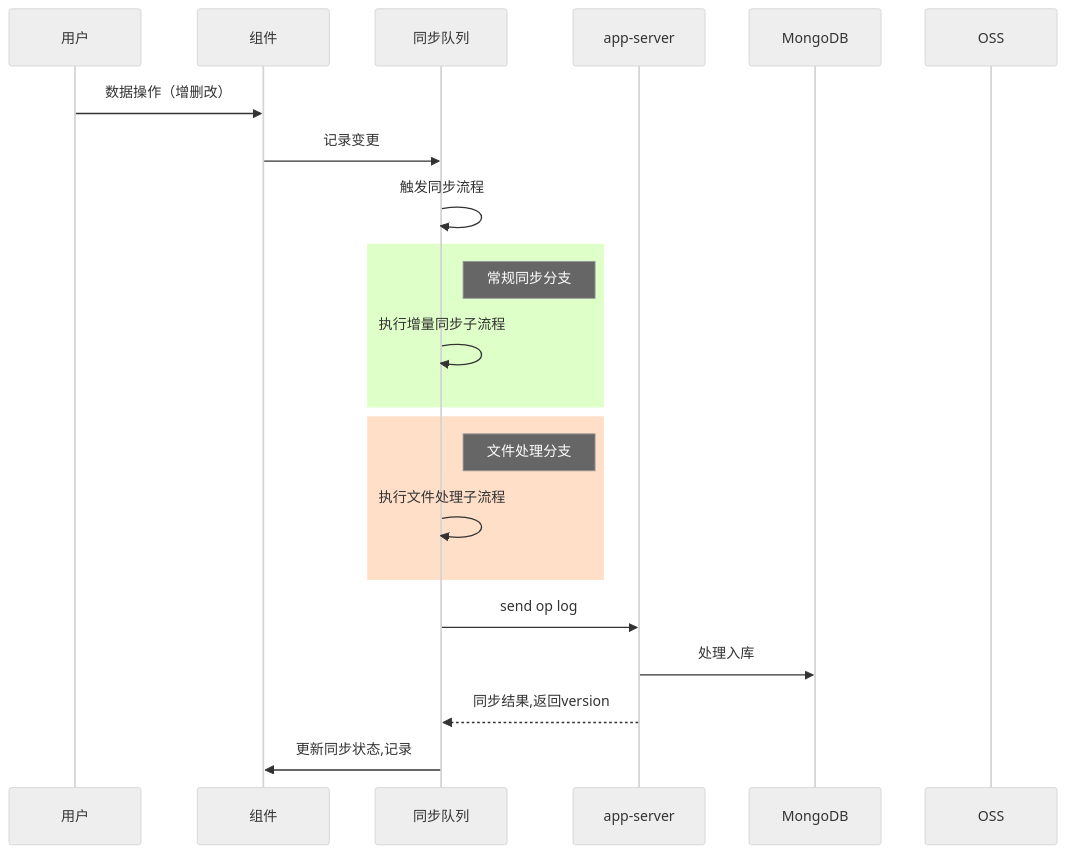
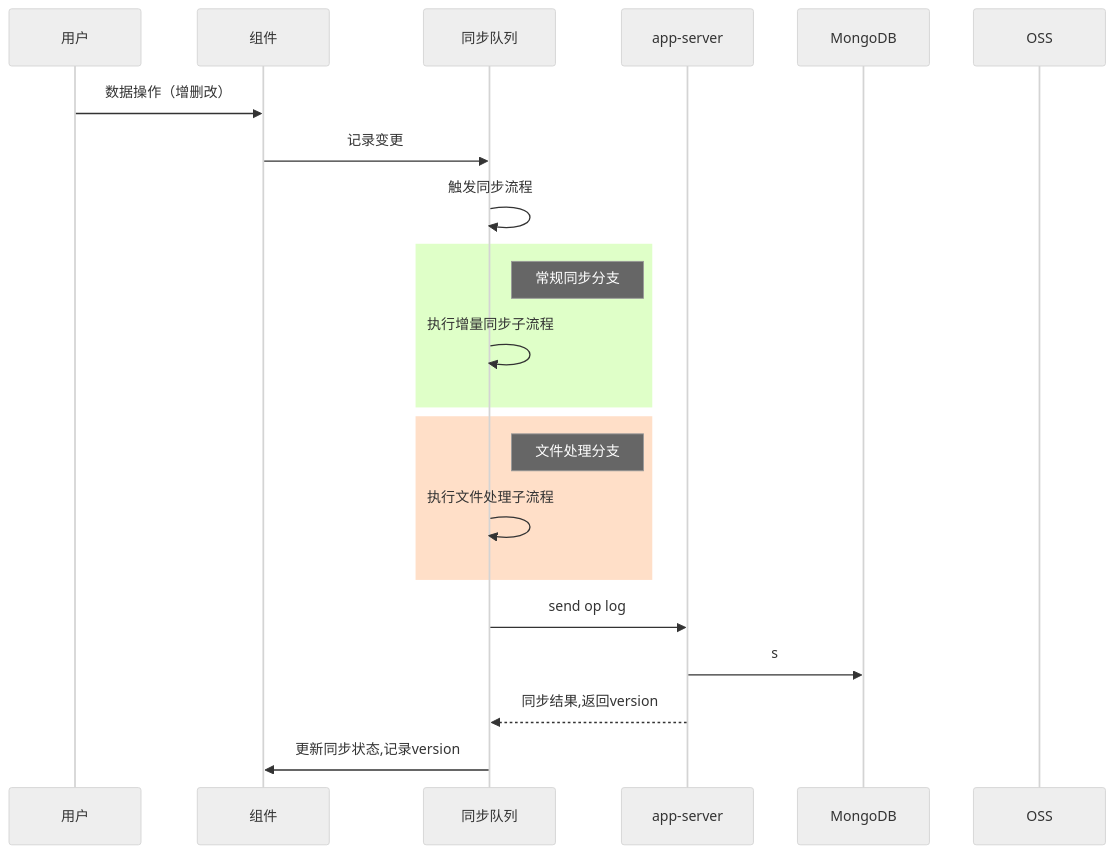
One commit to yingjianzh/iodraw-files changed the diagram in all/未命名-24.md. Above: the diagram before and after it, drawn with Mermaid (neutral theme).

Commit message:
2025-02-24 16:23:53 update

````diff
--- a/all/未命名-24.md
+++ b/all/未命名-24.md
@@ -1,33 +1,33 @@
 ```mermaid
 
 sequenceDiagram
     participant 用户
     participant 组件
     participant 同步队列
     participant app-server
     participant MongoDB
     participant OSS
 
 
     用户->>组件: 数据操作（增删改）
     组件->>同步队列: 记录变更
     同步队列->>同步队列: 触发同步流程
 
 
     rect rgb(223,255,200)
     Note right of 同步队列: 常规同步分支
     同步队列->>同步队列: 执行增量同步子流程
     end
 
     rect rgb(255,223,200)
     Note right of 同步队列: 文件处理分支
     同步队列->>同步队列: 执行文件处理子流程
     end
     
     同步队列->>app-server: send op log
-    app-server->>MongoDB: 处理入库
+    app-server->>MongoDB: s
 
     app-server-->>同步队列: 同步结果,返回version
-    同步队列->>组件: 更新同步状态,记录
+    同步队列->>组件: 更新同步状态,记录version
 
 ```
````
